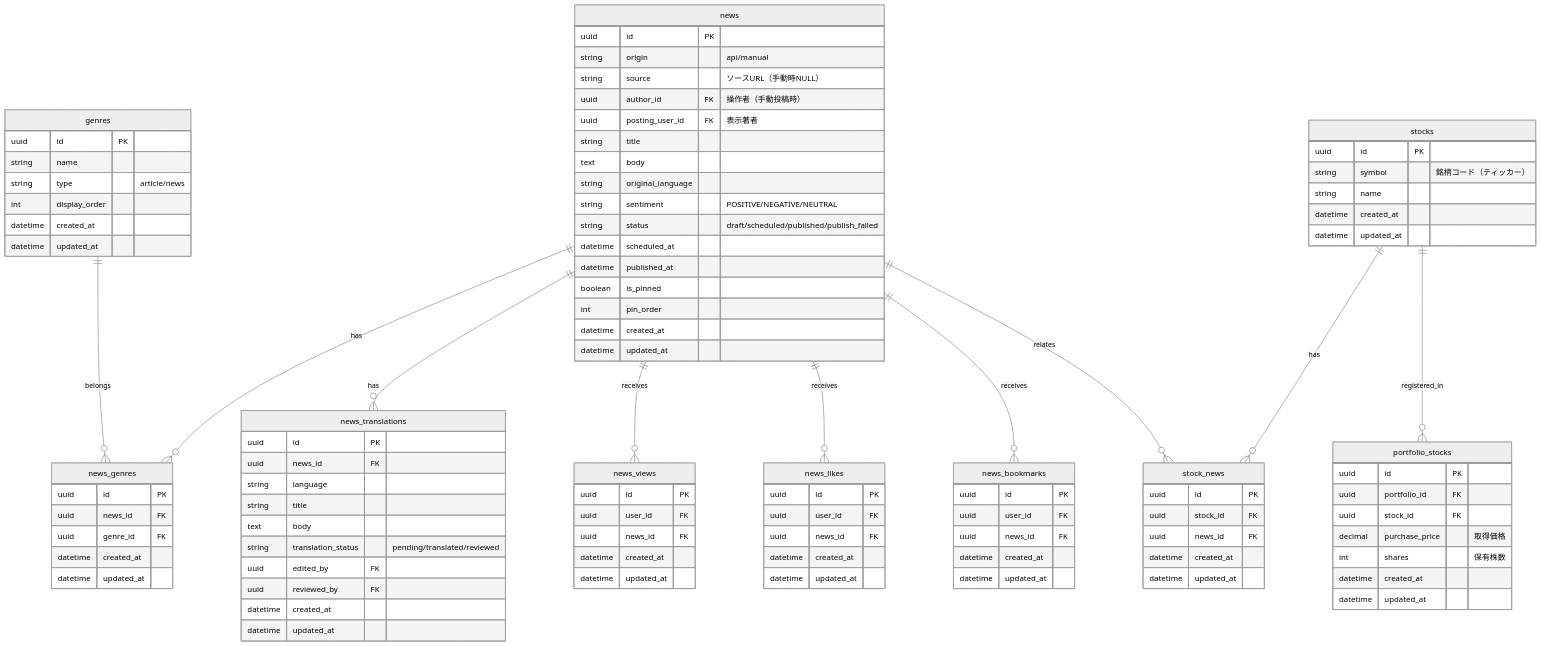
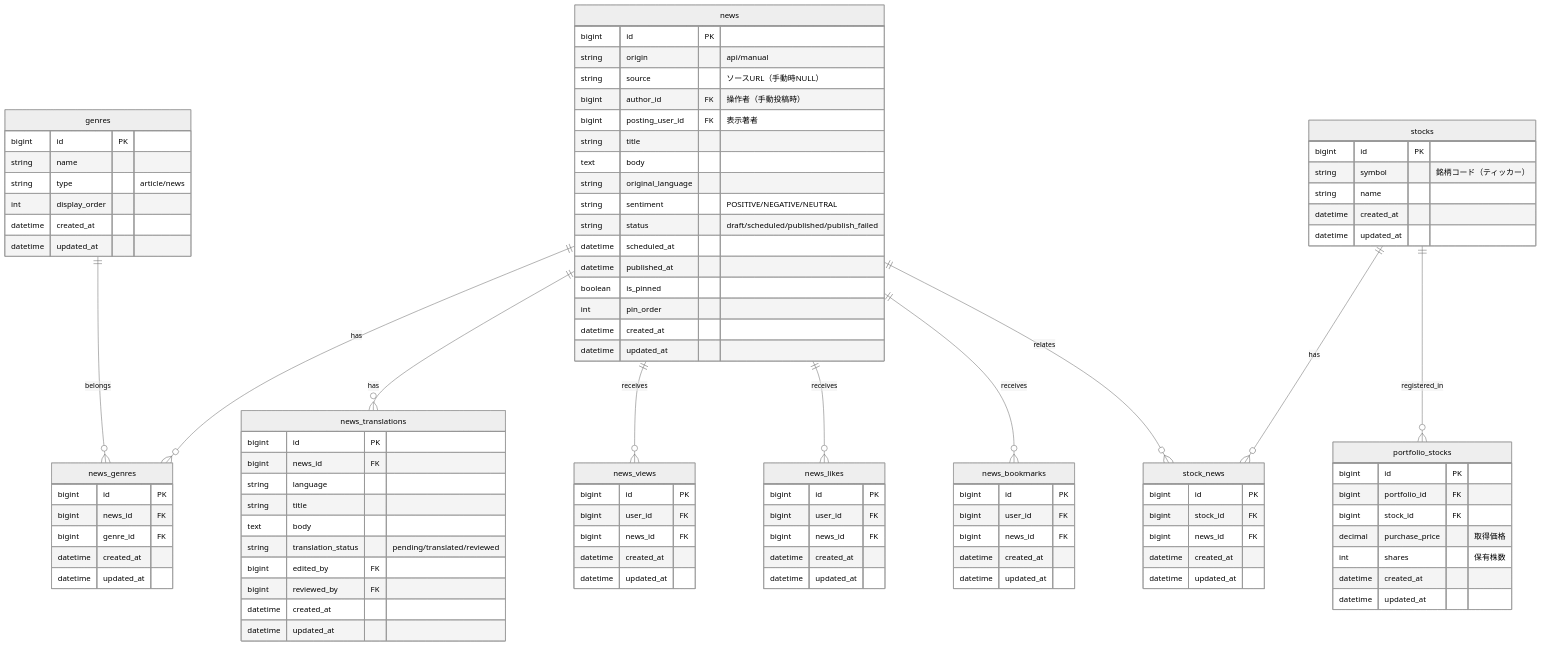
One commit to RRRRRRR-777/SikouLab changed the first of 3 diagrams in docs/functions/news/home.md. Above: the diagram before and after it, drawn with Mermaid (neutral theme). The commit also changed 19 other files, not shown here.

```diff
--- a/docs/functions/news/home.md
+++ b/docs/functions/news/home.md
@@ -75,11 +75,11 @@
     stocks ||--o{ portfolio_stocks : "registered_in"
 
     news {
-        uuid id PK
+        bigint id PK
         string origin "api/manual"
         string source "ソースURL（手動時NULL）"
-        uuid author_id FK "操作者（手動投稿時）"
-        uuid posting_user_id FK "表示著者"
+        bigint author_id FK "操作者（手動投稿時）"
+        bigint posting_user_id FK "表示著者"
         string title
         text body
         string original_language
@@ -94,28 +94,28 @@
     }
 
     news_translations {
-        uuid id PK
-        uuid news_id FK
+        bigint id PK
+        bigint news_id FK
         string language
         string title
         text body
         string translation_status "pending/translated/reviewed"
-        uuid edited_by FK
-        uuid reviewed_by FK
+        bigint edited_by FK
+        bigint reviewed_by FK
         datetime created_at
         datetime updated_at
     }
 
     news_genres {
-        uuid id PK
-        uuid news_id FK
-        uuid genre_id FK
+        bigint id PK
+        bigint news_id FK
+        bigint genre_id FK
         datetime created_at
         datetime updated_at
     }
 
     genres {
-        uuid id PK
+        bigint id PK
         string name
         string type "article/news"
         int display_order
@@ -124,31 +124,31 @@
     }
 
     news_views {
-        uuid id PK
-        uuid user_id FK
-        uuid news_id FK
+        bigint id PK
+        bigint user_id FK
+        bigint news_id FK
         datetime created_at
         datetime updated_at
     }
 
     news_likes {
-        uuid id PK
-        uuid user_id FK
-        uuid news_id FK
+        bigint id PK
+        bigint user_id FK
+        bigint news_id FK
         datetime created_at
         datetime updated_at
     }
 
     news_bookmarks {
-        uuid id PK
-        uuid user_id FK
-        uuid news_id FK
+        bigint id PK
+        bigint user_id FK
+        bigint news_id FK
         datetime created_at
         datetime updated_at
     }
 
     stocks {
-        uuid id PK
+        bigint id PK
         string symbol "銘柄コード（ティッカー）"
         string name
         datetime created_at
@@ -156,17 +156,17 @@
     }
 
     stock_news {
-        uuid id PK
-        uuid stock_id FK
-        uuid news_id FK
+        bigint id PK
+        bigint stock_id FK
+        bigint news_id FK
         datetime created_at
         datetime updated_at
     }
 
     portfolio_stocks {
-        uuid id PK
-        uuid portfolio_id FK
-        uuid stock_id FK
+        bigint id PK
+        bigint portfolio_id FK
+        bigint stock_id FK
         decimal purchase_price "取得価格"
         int shares "保有株数"
         datetime created_at
```
